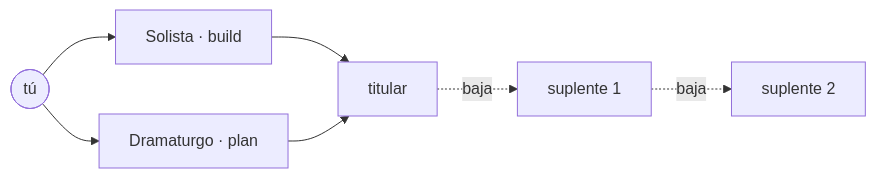
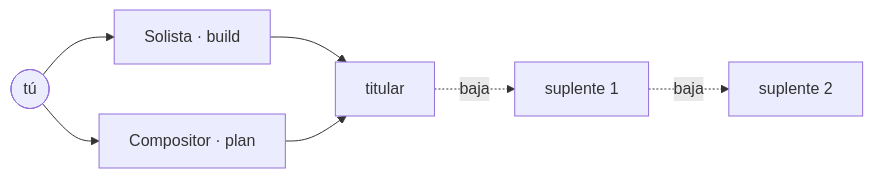
Before and after one commit to JosueGalRe/reparto: the diagram in README.md, drawn with Mermaid. The commit also changed other lines of this file and 2 other files, not shown here.

Commit message:
docs: Compositor en lugar de Dramaturgo

````diff
--- a/README.md
+++ b/README.md
@@ -11,8 +11,8 @@
 ```mermaid
 flowchart LR
     tu([tú]) --> solista[Solista · build]
-    tu --> dramaturgo[Dramaturgo · plan]
-    solista & dramaturgo --> titular
+    tu --> compositor[Compositor · plan]
+    solista & compositor --> titular
     titular -.->|baja| suplente1[suplente 1]
     suplente1 -.->|baja| suplente2[suplente 2]
 ```
````
